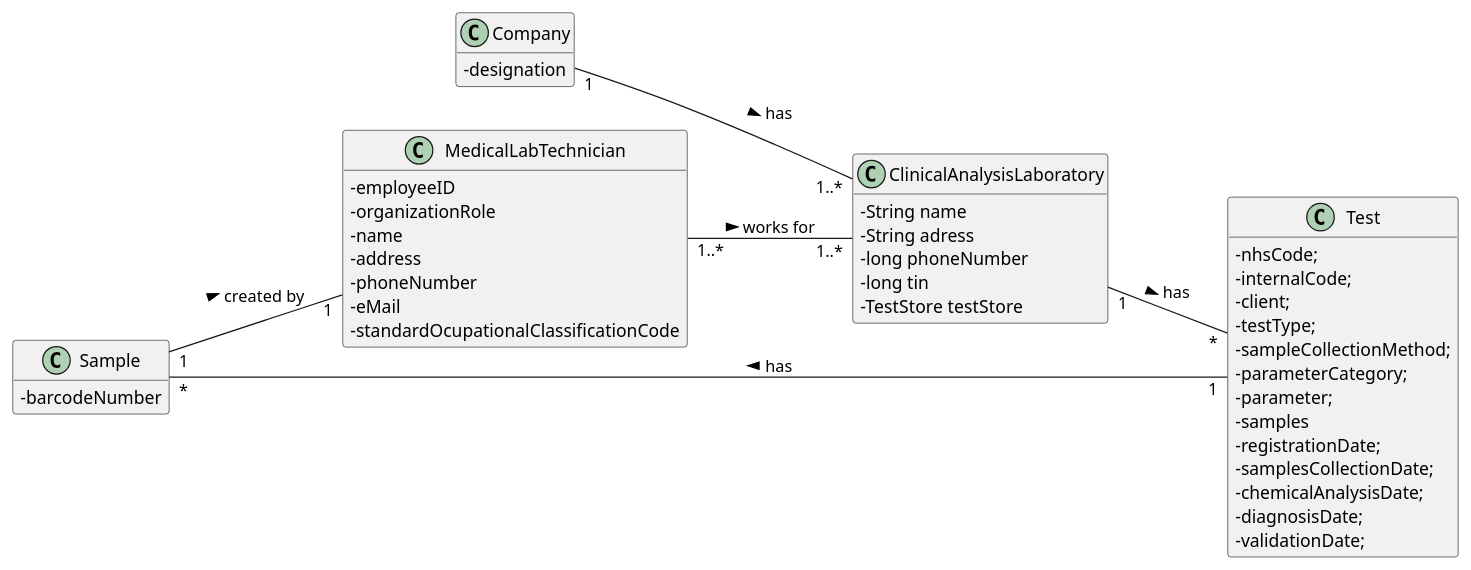
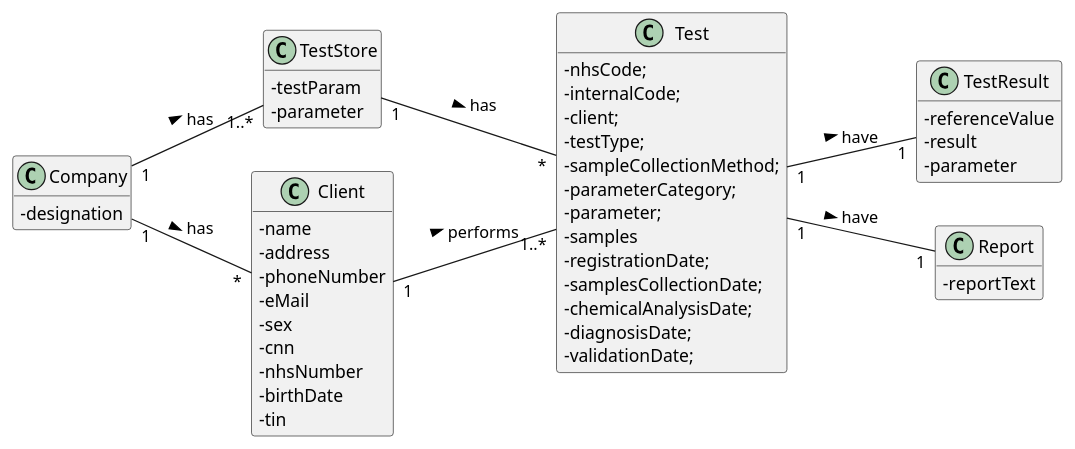
Before and after one commit to RuiRioPina/LAPR2-20-21: the diagram in docs/SprintD/US_1/UC1_MD.puml, drawn with PlantUML. The commit also changed 4 other files, not shown here.

```diff
--- a/docs/SprintD/US_1/UC1_MD.puml
+++ b/docs/SprintD/US_1/UC1_MD.puml
@@ -1,53 +1,59 @@
 @startuml
 skinparam classAttributeIconSize 0
 hide methods
 left to right direction
 
-class Sample {
-  -barcodeNumber
-}
-
 class Company {
   -designation
 }
 
-class ClinicalAnalysisLaboratory {
-  -String name
-  -String adress
-  -long phoneNumber
-  -long tin
-  -TestStore testStore
-  +getTestStore()
+Class TestStore {
+  -testParam
+  -parameter
 }
+
 class Test {
   -nhsCode;
   -internalCode;
   -client;
   -testType;
   -sampleCollectionMethod;
   -parameterCategory;
   -parameter;
   -samples
   -registrationDate;
   -samplesCollectionDate;
   -chemicalAnalysisDate;
   -diagnosisDate;
   -validationDate;
 }
 
-class MedicalLabTechnician {
-  -employeeID
-  -organizationRole
+class Client {
   -name
   -address
   -phoneNumber
   -eMail
-  -standardOcupationalClassificationCode
+  -sex
+  -cnn
+  -nhsNumber
+  -birthDate
+  -tin
 }
 
-Company "1" -- "1..*" ClinicalAnalysisLaboratory : has >
-ClinicalAnalysisLaboratory "1" -- "*" Test : has >
-MedicalLabTechnician "1..*" -- "1..*" ClinicalAnalysisLaboratory : works for >
-Test "1" -- "*" Sample : has >
-Sample "1" -- "1" MedicalLabTechnician : created by >
+Class TestResult {
+  -referenceValue
+  -result
+  -parameter
+}
+
+Class Report {
+  -reportText
+}
+
+Company "1" -- "1..*" TestStore : has >
+Company "1" -- "*" Client : has >
+TestStore "1" -- "*" Test : has >
+Client "1" -- "1..*" Test : performs >
+Test "1" -- "1" TestResult : have >
+Test "1" -- "1" Report : have >
 @enduml
```
